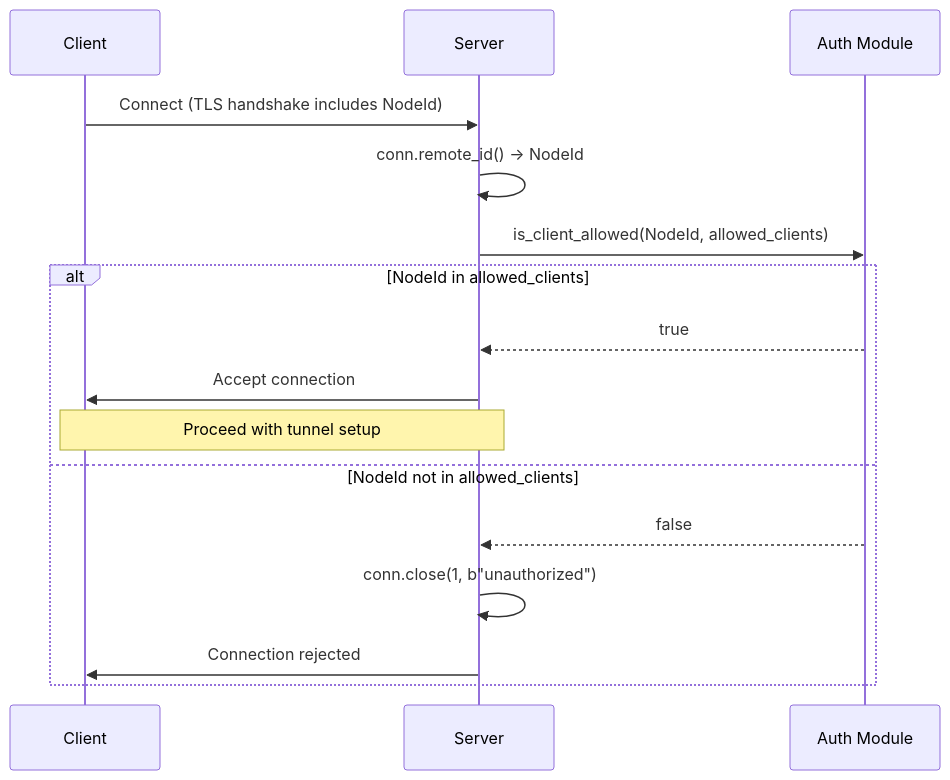
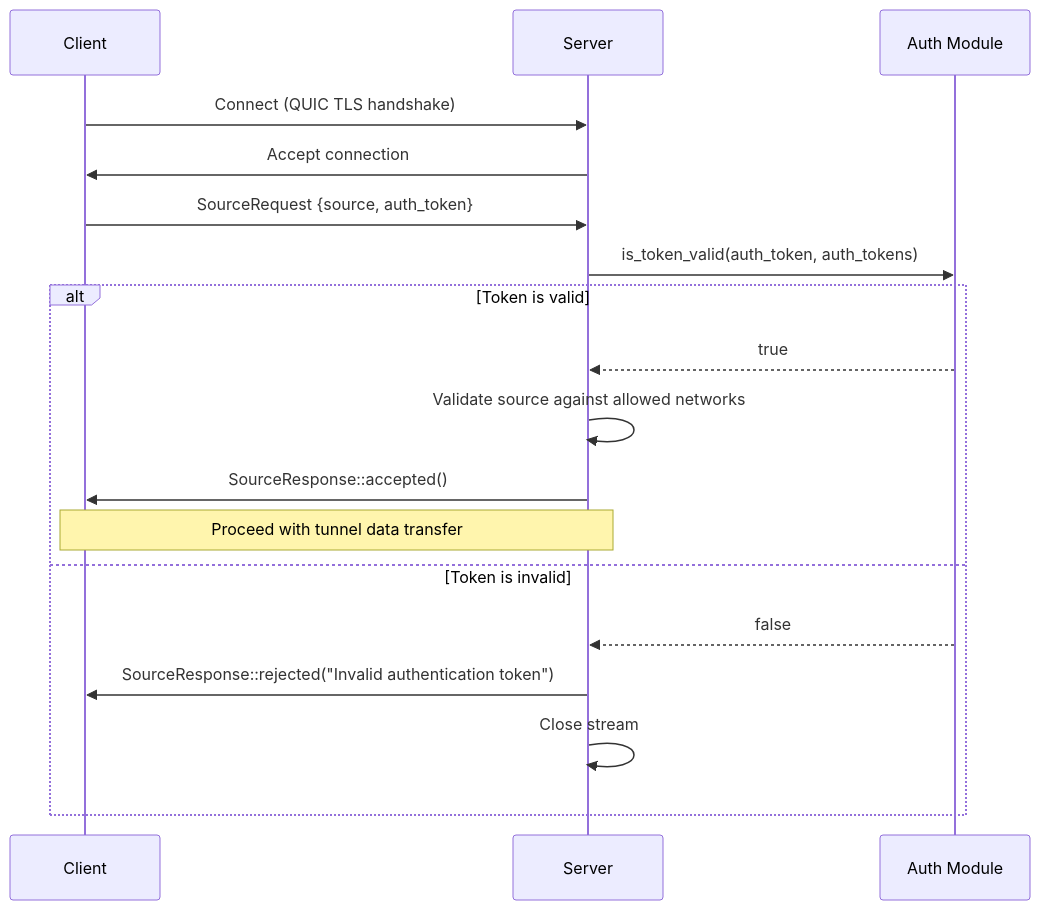
Diagram 27 of 35 in docs/ARCHITECTURE.md (andrewtheguy/vpn-rs), drawn with Mermaid before and after one commit. The commit also changed other lines of this file and 11 other files, not shown here.

Commit message:
Implement token-based authentication for iroh multi-source mode

````diff
--- a/docs/ARCHITECTURE.md
+++ b/docs/ARCHITECTURE.md
@@ -1117,19 +1118,21 @@
 ```mermaid
 sequenceDiagram
     participant C as Client
     participant S as Server
     participant A as Auth Module
 
-    C->>S: Connect (TLS handshake includes NodeId)
-    S->>S: conn.remote_id() → NodeId
-    S->>A: is_client_allowed(NodeId, allowed_clients)
-    alt NodeId in allowed_clients
+    C->>S: Connect (QUIC TLS handshake)
+    S->>C: Accept connection
+    C->>S: SourceRequest {source, auth_token}
+    S->>A: is_token_valid(auth_token, auth_tokens)
+    alt Token is valid
         A-->>S: true
-        S->>C: Accept connection
-        Note over S,C: Proceed with tunnel setup
-    else NodeId not in allowed_clients
+        S->>S: Validate source against allowed networks
+        S->>C: SourceResponse::accepted()
+        Note over S,C: Proceed with tunnel data transfer
+    else Token is invalid
         A-->>S: false
-        S->>S: conn.close(1, b"unauthorized")
-        S->>C: Connection rejected
+        S->>C: SourceResponse::rejected("Invalid authentication token")
+        S->>S: Close stream
     end
 ```
````
